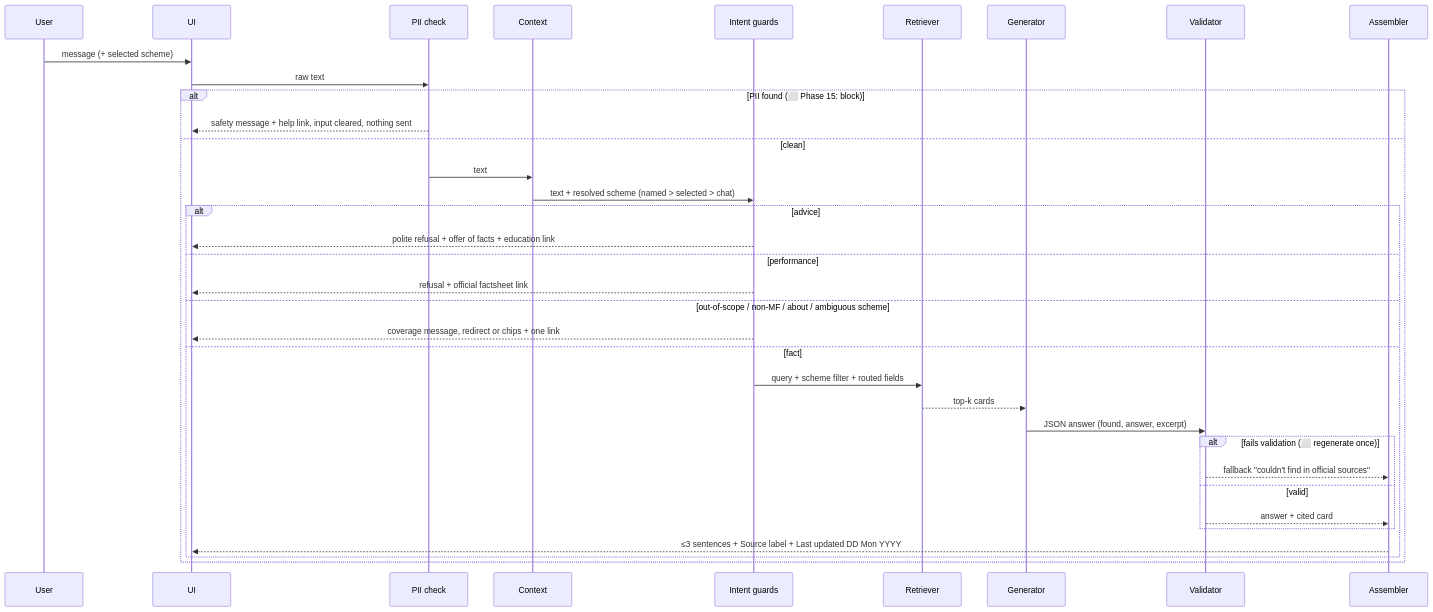
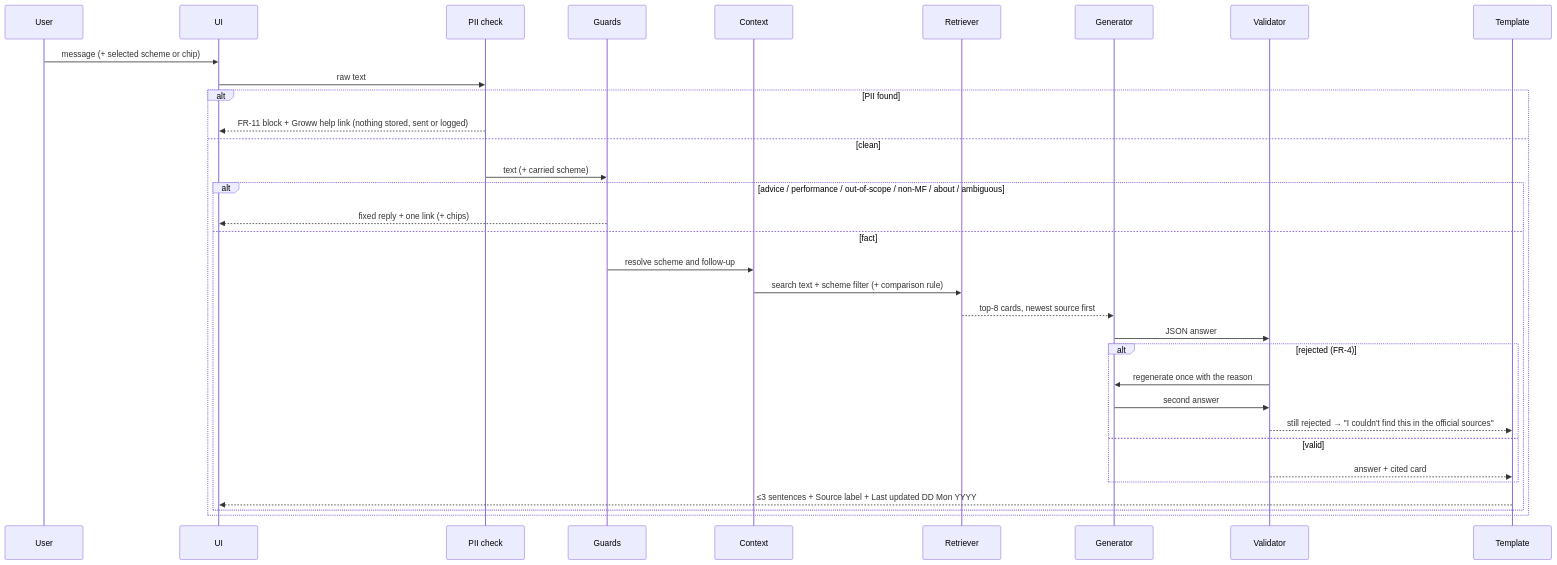
One commit to ngm76/HDFC-chatbot changed the third of 3 diagrams in docs/architecture.md. Above: the diagram before and after it, drawn with Mermaid. The commit also changed other lines of this file and 16 other files, not shown here.

Commit message:
Phases 20-21: 200-query golden set and evaluator, guard fixes it found, README, architecture v3, sample Q&A, eval notes

````diff
--- a/docs/architecture.md
+++ b/docs/architecture.md
@@ -119,38 +111,36 @@
 ```mermaid
 sequenceDiagram
   participant U as User
   participant UI as UI
   participant P as PII check
+  participant G as Guards
   participant C as Context
-  participant G as Intent guards
   participant R as Retriever
   participant L as Generator
   participant V as Validator
-  participant A as Assembler
+  participant A as Template
 
-  U->>UI: message (+ selected scheme)
+  U->>UI: message (+ selected scheme or chip)
   UI->>P: raw text
-  alt PII found (⬜ Phase 15: block)
-    P-->>UI: safety message + help link, input cleared, nothing sent
+  alt PII found
+    P-->>UI: FR-11 block + Groww help link (nothing stored, sent or logged)
   else clean
-    P->>C: text
-    C->>G: text + resolved scheme (named > selected > chat)
-    alt advice
-      G-->>UI: polite refusal + offer of facts + education link
-    else performance
-      G-->>UI: refusal + official factsheet link
-    else out-of-scope / non-MF / about / ambiguous scheme
-      G-->>UI: coverage message, redirect or chips + one link
+    P->>G: text (+ carried scheme)
+    alt advice / performance / out-of-scope / non-MF / about / ambiguous
+      G-->>UI: fixed reply + one link (+ chips)
     else fact
-      G->>R: query + scheme filter + routed fields
-      R-->>L: top-k cards
-      L->>V: JSON answer (found, answer, excerpt)
-      alt fails validation (⬜ regenerate once)
-        V-->>A: fallback "couldn't find in official sources"
+      G->>C: resolve scheme and follow-up
+      C->>R: search text + scheme filter (+ comparison rule)
+      R-->>L: top-8 cards, newest source first
+      L->>V: JSON answer
+      alt rejected (FR-4)
+        V->>L: regenerate once with the reason
+        L->>V: second answer
+        V-->>A: still rejected → "I couldn't find this in the official sources"
       else valid
         V-->>A: answer + cited card
       end
       A-->>UI: ≤3 sentences + Source label + Last updated DD Mon YYYY
     end
   end
 ```
````
